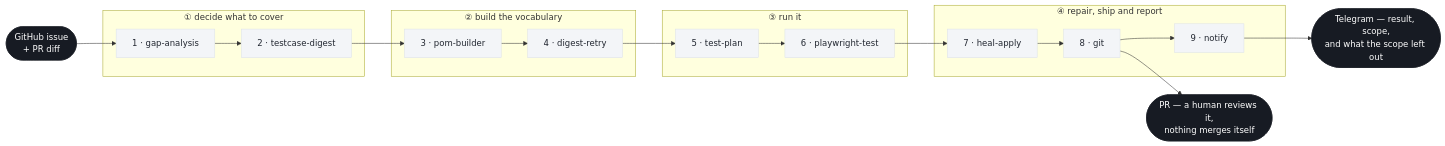
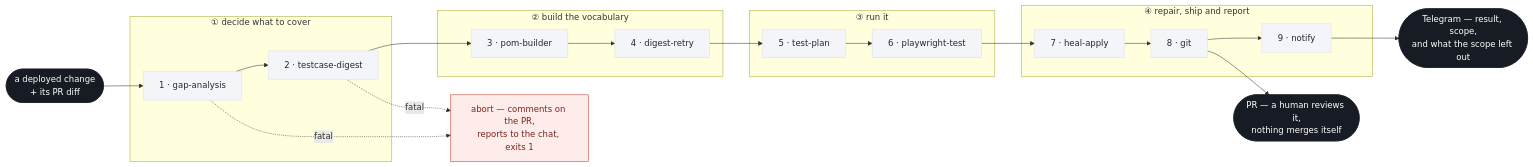
The first of 5 diagrams in WORKFLOW.md (yogap02/pwxai), drawn with Mermaid before and after one commit. The commit also changed other lines of this file and 21 other files, not shown here.

````diff
--- a/WORKFLOW.md
+++ b/WORKFLOW.md
@@ -43,42 +43,47 @@
 ```mermaid
 flowchart LR
-    IN(["GitHub issue<br/>+ PR diff"])
+    IN(["a deployed change<br/>+ its PR diff"])
 
     subgraph P1["① decide what to cover"]
         S1["1 · gap-analysis"]
         S2["2 · testcase-digest"]
         S1 --> S2
     end
 
     subgraph P2["② build the vocabulary"]
         S3["3 · pom-builder"]
         S4["4 · digest-retry"]
         S3 --> S4
     end
 
     subgraph P3["③ run it"]
         S5["5 · test-plan"]
         S6["6 · playwright-test"]
         S5 --> S6
     end
 
     subgraph P4["④ repair, ship and report"]
         S7["7 · heal-apply"]
         S8["8 · git"]
         S9["9 · notify"]
         S7 --> S8
         S8 --> S9
     end
 
     IN --> S1
     S2 --> S3
     S4 --> S5
     S6 --> S7
     S8 --> OUT(["PR — a human reviews it,<br/>nothing merges itself"])
     S9 --> CHAT(["Telegram — result, scope,<br/>and what the scope left out"])
 
+    S1 -. "fatal" .-> AB["abort — comments on the PR,<br/>reports to the chat, exits 1"]
+    S2 -. "fatal" .-> AB
+
     classDef stage fill:#F3F5F8,stroke:#DDE2E8,color:#212630
     classDef io fill:#171B23,stroke:#171B23,color:#FFFFFF
+    classDef bad fill:#FDECEA,stroke:#C0392B,color:#7B241C
     class S1,S2,S3,S4,S5,S6,S7,S8,S9 stage
     class IN,OUT,CHAT io
+    class AB bad
 ```
````
